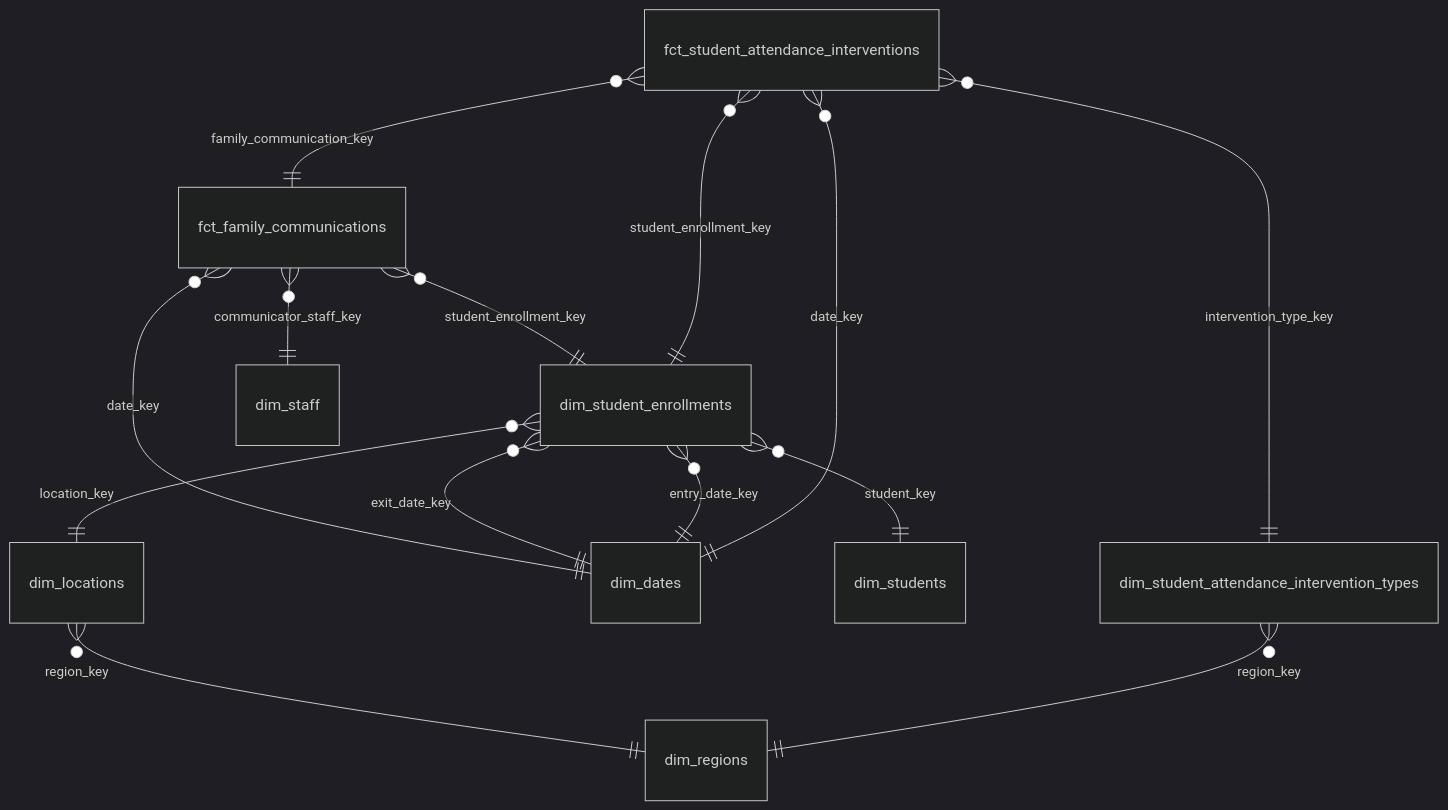
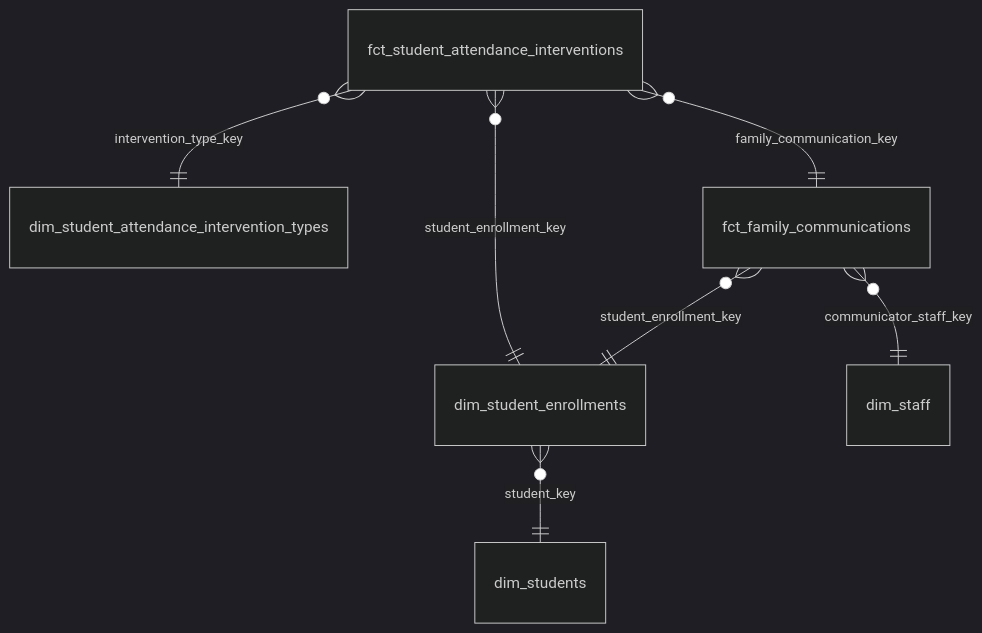
Before and after one commit to TEAMSchools/teamster: diagram 18 of 24 in docs/reference/marts-data-models.md, drawn with Mermaid (dark theme). The commit also changed other lines of this file and 2 other files, not shown here.

First line of the commit message:
docs(marts): omit conformed dimensions from snowflake diagrams

````diff
--- a/docs/reference/marts-data-models.md
+++ b/docs/reference/marts-data-models.md
@@ -410,16 +328,9 @@
 ```mermaid
 erDiagram
   fct_student_attendance_interventions }o--|| dim_student_enrollments : "student_enrollment_key"
   fct_student_attendance_interventions }o--|| dim_student_attendance_intervention_types : "intervention_type_key"
   fct_student_attendance_interventions }o--|| fct_family_communications : "family_communication_key"
-  fct_student_attendance_interventions }o--|| dim_dates : "date_key"
   dim_student_enrollments }o--|| dim_students : "student_key"
-  dim_student_enrollments }o--|| dim_locations : "location_key"
-  dim_student_enrollments }o--|| dim_dates : "entry_date_key"
-  dim_student_enrollments }o--|| dim_dates : "exit_date_key"
-  dim_student_attendance_intervention_types }o--|| dim_regions : "region_key"
   fct_family_communications }o--|| dim_student_enrollments : "student_enrollment_key"
   fct_family_communications }o--|| dim_staff : "communicator_staff_key"
-  fct_family_communications }o--|| dim_dates : "date_key"
-  dim_locations }o--|| dim_regions : "region_key"
 ```
````
